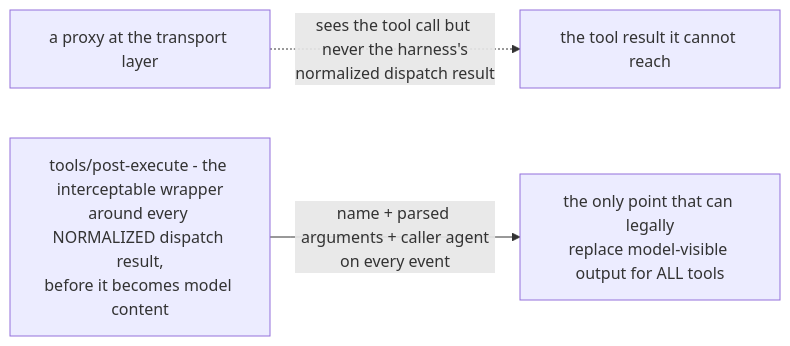
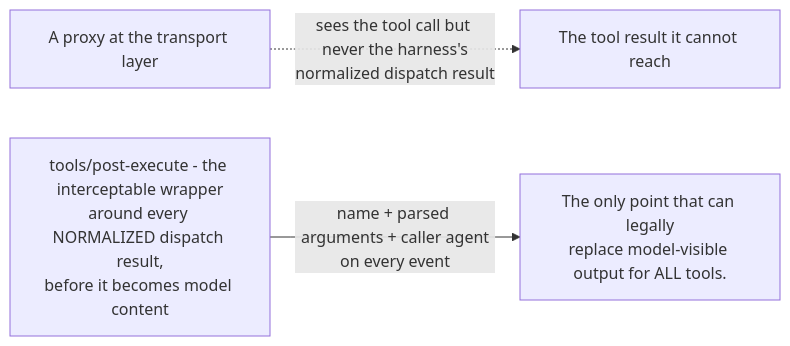
The diagram in Source/Content/Mermaid/ccr-why-post-execute.mmd (PlayForm/Site-DeepSeek), drawn with Mermaid before and after one commit. The commit also changed 80 other files, not shown here.

```diff
--- a/Source/Content/Mermaid/ccr-why-post-execute.mmd
+++ b/Source/Content/Mermaid/ccr-why-post-execute.mmd
@@ -1,3 +1,3 @@
 flowchart LR
-	PROXY["a proxy at the transport layer"] -. "sees the tool call but never the harness's<br/>normalized dispatch result" .-> UNREACH["the tool result it cannot reach"]
-	PE["tools/post-execute - the interceptable wrapper<br/>around every NORMALIZED dispatch result,<br/>before it becomes model content"] -- "name + parsed arguments + caller agent<br/>on every event" --> LEGAL["the only point that can legally<br/>replace model-visible output for ALL tools"]
+	PROXY["A proxy at the transport layer"] -. "sees the tool call but never the harness's<br/>normalized dispatch result" .-> UNREACH["The tool result it cannot reach"]
+	PE["tools/post-execute - the interceptable wrapper<br/>around every NORMALIZED dispatch result,<br/>before it becomes model content"] -- "name + parsed arguments + caller agent<br/>on every event" --> LEGAL["The only point that can legally<br/>replace model-visible output for ALL tools."]
```
